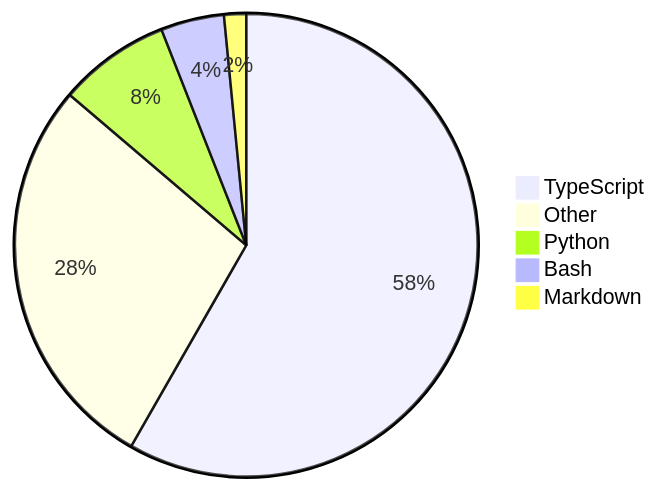
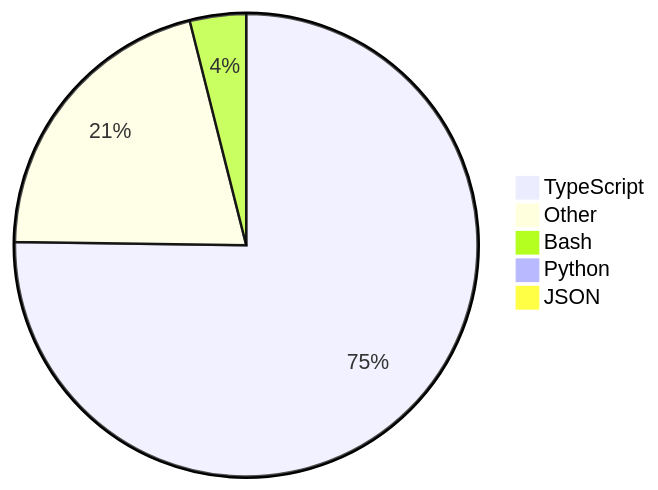
One commit to skvggor/skvggor changed the diagram in README.md. Above: the diagram before and after it, drawn with Mermaid.

Commit message:
Updated waka-readme graph with new metrics

````diff
--- a/README.md
+++ b/README.md
@@ -16,8 +16,8 @@
 ```mermaid
 pie
-    "TypeScript" : 56.7
-    "Other" : 27.2
-    "Python" : 7.6
-    "Bash" : 4.3
-    "Markdown" : 1.5
+    "TypeScript" : 74.7
+    "Other" : 20.7
+    "Bash" : 3.9
+    "Python" : 0.7
+    "JSON" : 0.0
 ```
````
